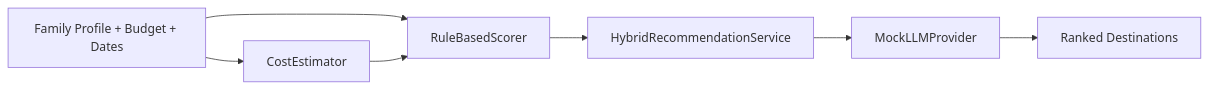
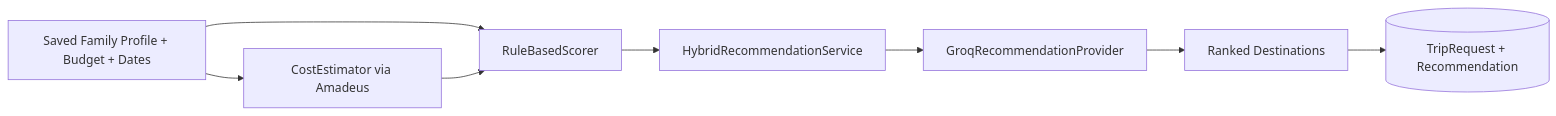
One commit to angelaangeleska/Triparoo changed the fourth of 4 diagrams in docs/ARCHITECTURE.md. Above: the diagram before and after it, drawn with Mermaid. The commit also changed other lines of this file and 39 other files, not shown here.

````diff
--- a/docs/ARCHITECTURE.md
+++ b/docs/ARCHITECTURE.md
@@ -159,16 +173,18 @@
 ```mermaid
 flowchart LR
-    Input[Family Profile + Budget + Dates]
+    Input[Saved Family Profile + Budget + Dates]
     RuleEngine[RuleBasedScorer]
-    CostEst[CostEstimator]
-    LLM[MockLLMProvider]
+    CostEst[CostEstimator via Amadeus]
+    LLM[GroqRecommendationProvider]
     Hybrid[HybridRecommendationService]
+    History[(TripRequest + Recommendation)]
     Output[Ranked Destinations]
 
     Input --> CostEst
     Input --> RuleEngine
     CostEst --> RuleEngine
     RuleEngine --> Hybrid
     Hybrid --> LLM
     LLM --> Output
+    Output --> History
 ```
````
